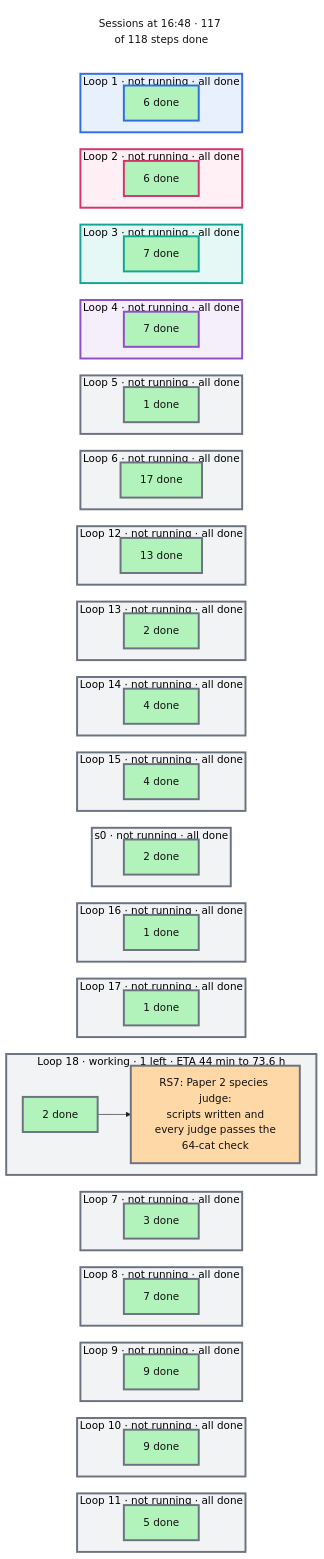
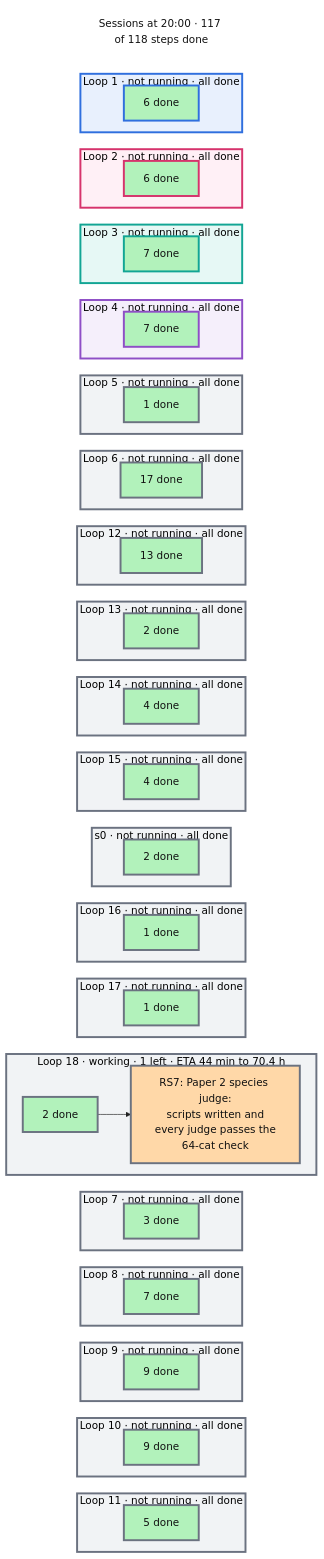
The diagram in artifacts/notes/progress/sessions.mmd (mo-rsa24/concept-composition), drawn with Mermaid before and after one commit. The commit also changed 9 other files, not shown here.

```diff
--- a/artifacts/notes/progress/sessions.mmd
+++ b/artifacts/notes/progress/sessions.mmd
@@ -1,124 +1,124 @@
 %%{init: {'theme': 'base', 'themeVariables': {'fontFamily': 'monospace', 'primaryColor': '#ffffff', 'primaryBorderColor': '#222222', 'primaryTextColor': '#111111', 'lineColor': '#222222'}, 'flowchart': {'nodeSpacing': 16, 'rankSpacing': 26}}}%%
 flowchart TB
   classDef done fill:#b2f2bb,color:#111111
   classDef doing fill:#ffd8a8,color:#111111
   classDef todo fill:#e9ecef,color:#111111
   classDef note fill:#ffffff,stroke:#c92a2a,stroke-dasharray:5 5,color:#c92a2a
-  now["Sessions at 16:48 · 117 of 118 steps done"]
+  now["Sessions at 20:00 · 117 of 118 steps done"]
   style now fill:#ffffff,stroke:#ffffff,color:#111111
   subgraph L0["Loop 1 · not running · all done"]
     direction LR
     d0["6 done"]:::done
   end
   subgraph L1["Loop 2 · not running · all done"]
     direction LR
     d1["6 done"]:::done
   end
   subgraph L2["Loop 3 · not running · all done"]
     direction LR
     d2["7 done"]:::done
   end
   subgraph L3["Loop 4 · not running · all done"]
     direction LR
     d3["7 done"]:::done
   end
   subgraph L4["Loop 5 · not running · all done"]
     direction LR
     d4["1 done"]:::done
   end
   subgraph L5["Loop 6 · not running · all done"]
     direction LR
     d5["17 done"]:::done
   end
   subgraph L6["Loop 12 · not running · all done"]
     direction LR
     d6["13 done"]:::done
   end
   subgraph L7["Loop 13 · not running · all done"]
     direction LR
     d7["2 done"]:::done
   end
   subgraph L8["Loop 14 · not running · all done"]
     direction LR
     d8["4 done"]:::done
   end
   subgraph L9["Loop 15 · not running · all done"]
     direction LR
     d9["4 done"]:::done
   end
   subgraph L10["s0 · not running · all done"]
     direction LR
     d10["2 done"]:::done
   end
   subgraph L11["Loop 16 · not running · all done"]
     direction LR
     d11["1 done"]:::done
   end
   subgraph L12["Loop 17 · not running · all done"]
     direction LR
     d12["1 done"]:::done
   end
-  subgraph L13["Loop 18 · working · 1 left · ETA 44 min to 73.6 h"]
+  subgraph L13["Loop 18 · working · 1 left · ETA 44 min to 70.4 h"]
     direction LR
     d13["2 done"]:::done --> n_RS7["RS7: Paper 2 species judge:<br/>scripts written and<br/>every judge passes the<br/>64-cat check"]:::doing
   end
   subgraph L14["Loop 7 · not running · all done"]
     direction LR
     d14["3 done"]:::done
   end
   subgraph L15["Loop 8 · not running · all done"]
     direction LR
     d15["7 done"]:::done
   end
   subgraph L16["Loop 9 · not running · all done"]
     direction LR
     d16["9 done"]:::done
   end
   subgraph L17["Loop 10 · not running · all done"]
     direction LR
     d17["9 done"]:::done
   end
   subgraph L18["Loop 11 · not running · all done"]
     direction LR
     d18["5 done"]:::done
   end
   now ~~~ L0 ~~~ L1 ~~~ L2 ~~~ L3 ~~~ L4 ~~~ L5 ~~~ L6 ~~~ L7 ~~~ L8 ~~~ L9 ~~~ L10 ~~~ L11 ~~~ L12 ~~~ L13 ~~~ L14 ~~~ L15 ~~~ L16 ~~~ L17 ~~~ L18
   style L0 fill:#e8f0fd,stroke:#2f6fde,stroke-width:3px
   style d0 stroke:#2f6fde,stroke-width:3px
   style L1 fill:#fff0f6,stroke:#d6336c,stroke-width:3px
   style d1 stroke:#d6336c,stroke-width:3px
   style L2 fill:#e6f8f5,stroke:#12a594,stroke-width:3px
   style d2 stroke:#12a594,stroke-width:3px
   style L3 fill:#f5effb,stroke:#8e4ec6,stroke-width:3px
   style d3 stroke:#8e4ec6,stroke-width:3px
   style L4 fill:#f1f3f5,stroke:#6b7280,stroke-width:3px
   style d4 stroke:#6b7280,stroke-width:3px
   style L5 fill:#f1f3f5,stroke:#6b7280,stroke-width:3px
   style d5 stroke:#6b7280,stroke-width:3px
   style L6 fill:#f1f3f5,stroke:#6b7280,stroke-width:3px
   style d6 stroke:#6b7280,stroke-width:3px
   style L7 fill:#f1f3f5,stroke:#6b7280,stroke-width:3px
   style d7 stroke:#6b7280,stroke-width:3px
   style L8 fill:#f1f3f5,stroke:#6b7280,stroke-width:3px
   style d8 stroke:#6b7280,stroke-width:3px
   style L9 fill:#f1f3f5,stroke:#6b7280,stroke-width:3px
   style d9 stroke:#6b7280,stroke-width:3px
   style L10 fill:#f1f3f5,stroke:#6b7280,stroke-width:3px
   style d10 stroke:#6b7280,stroke-width:3px
   style L11 fill:#f1f3f5,stroke:#6b7280,stroke-width:3px
   style d11 stroke:#6b7280,stroke-width:3px
   style L12 fill:#f1f3f5,stroke:#6b7280,stroke-width:3px
   style d12 stroke:#6b7280,stroke-width:3px
   style L13 fill:#f1f3f5,stroke:#6b7280,stroke-width:3px
   style d13 stroke:#6b7280,stroke-width:3px
   style n_RS7 stroke:#6b7280,stroke-width:3px
   style L14 fill:#f1f3f5,stroke:#6b7280,stroke-width:3px
   style d14 stroke:#6b7280,stroke-width:3px
   style L15 fill:#f1f3f5,stroke:#6b7280,stroke-width:3px
   style d15 stroke:#6b7280,stroke-width:3px
   style L16 fill:#f1f3f5,stroke:#6b7280,stroke-width:3px
   style d16 stroke:#6b7280,stroke-width:3px
   style L17 fill:#f1f3f5,stroke:#6b7280,stroke-width:3px
   style d17 stroke:#6b7280,stroke-width:3px
   style L18 fill:#f1f3f5,stroke:#6b7280,stroke-width:3px
   style d18 stroke:#6b7280,stroke-width:3px
```
